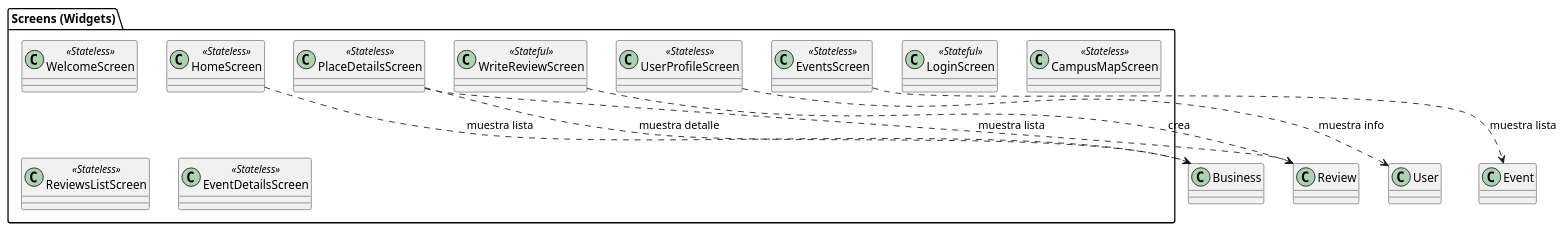
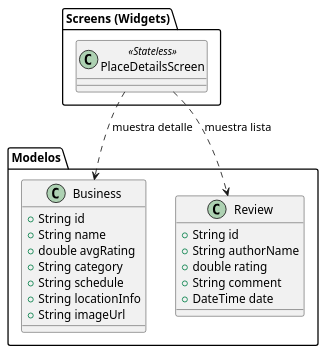
The fourth of 10 diagrams in UML.md (RuedaUABC/CimaReviewsDoc), drawn with PlantUML before and after one commit. The commit also changed other lines of this file and 1 other file, not shown here.

````diff
--- a/UML.md
+++ b/UML.md
@@ -57,23 +51,31 @@
 ```plantuml
-package "Screens (Widgets)" {
-    class WelcomeScreen <<Stateless>>
-    class LoginScreen <<Stateful>>
-    class HomeScreen <<Stateless>>
-    class PlaceDetailsScreen <<Stateless>>
-    class CampusMapScreen <<Stateless>>
-    class ReviewsListScreen <<Stateless>>
-    class WriteReviewScreen <<Stateful>>
-    class UserProfileScreen <<Stateless>>
-    class EventsScreen <<Stateless>>
-    class EventDetailsScreen <<Stateless>>
+@startuml
+package "Modelos" {
+    class Business {
+        +String id
+        +String name
+        +double avgRating
+        +String category
+        +String schedule
+        +String locationInfo
+        +String imageUrl
+    }
+
+    class Review {
+        +String id
+        +String authorName
+        +double rating
+        +String comment
+        +DateTime date
+    }
 }
 
-' Relaciones de las pantallas con los modelos
-HomeScreen ..> Business : muestra lista
+package "Screens (Widgets)" {
+    class PlaceDetailsScreen <<Stateless>>
+}
+
+' Relaciones
 PlaceDetailsScreen ..> Business : muestra detalle
 PlaceDetailsScreen ..> Review : muestra lista
-EventsScreen ..> Event : muestra lista
-UserProfileScreen ..> User : muestra info
-WriteReviewScreen ..> Review : crea
-
+@enduml
 ```
````
